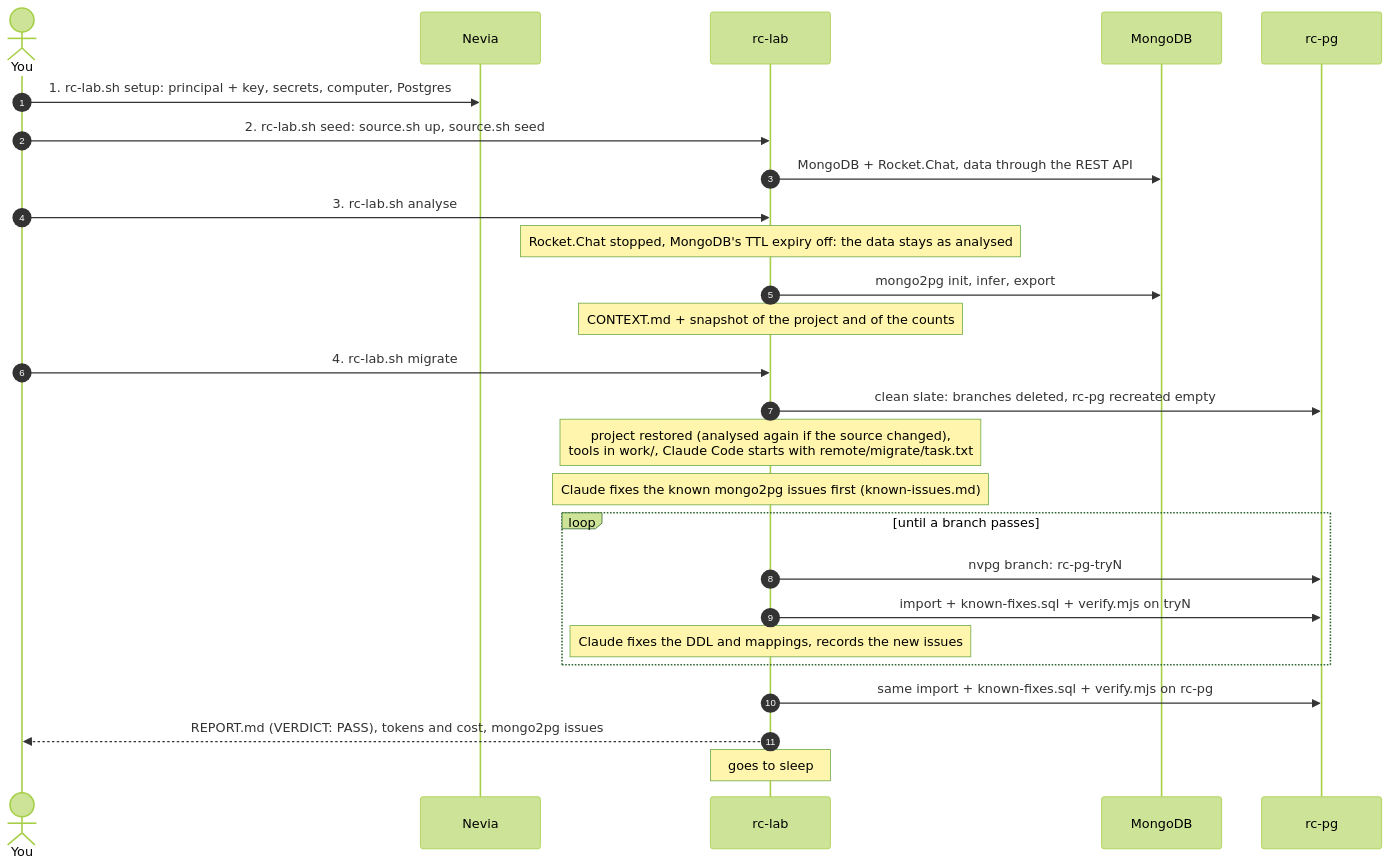
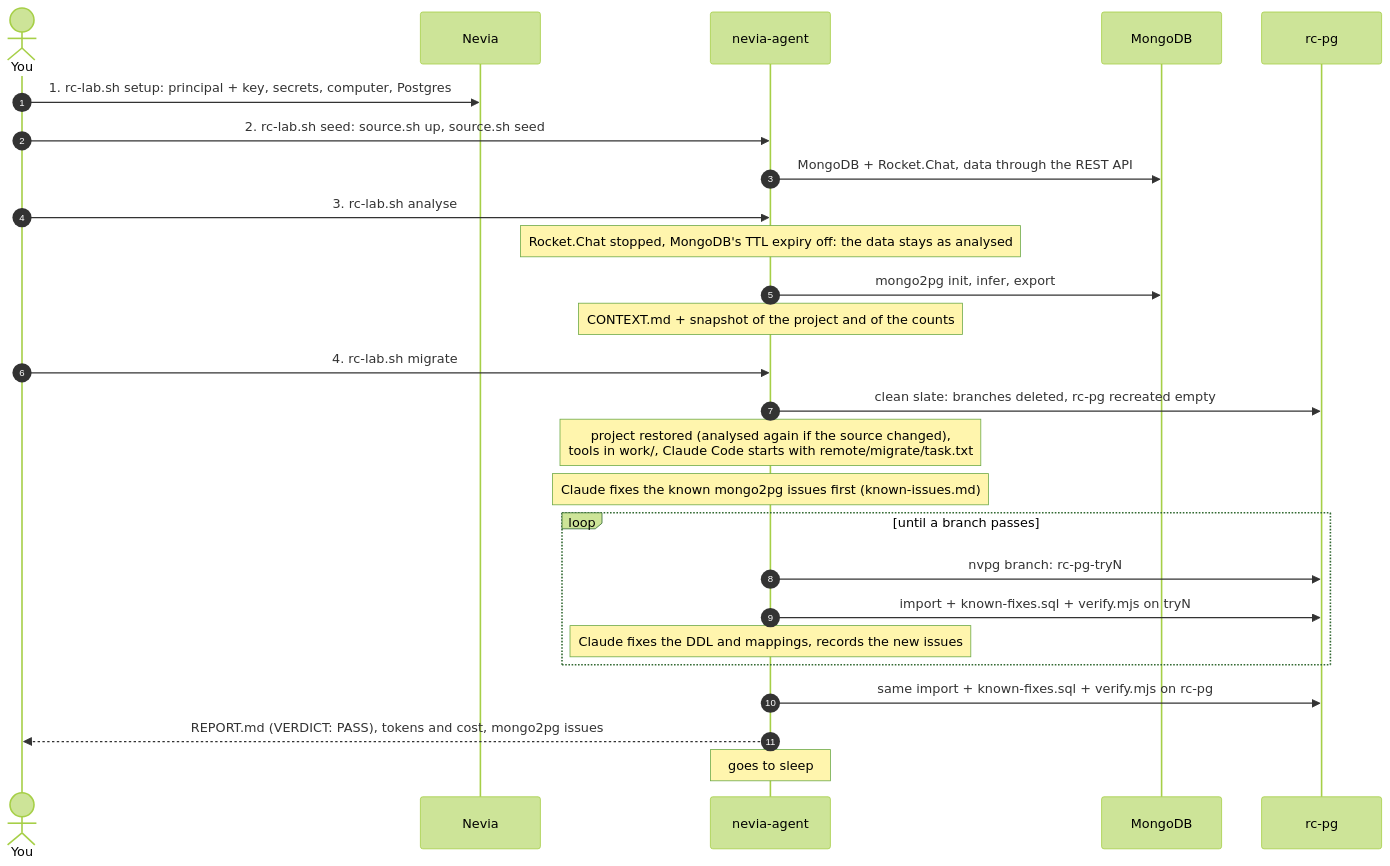
One commit to bertrandcedric/nevia-agent changed the second of 3 diagrams in uc1/README.md. Above: the diagram before and after it, drawn with Mermaid (forest theme). The commit also changed other lines of this file and 52 other files, not shown here.

````diff
--- a/uc1/README.md
+++ b/uc1/README.md
@@ -34,29 +34,29 @@
 ```mermaid
 sequenceDiagram
     autonumber
     actor dev as You
     participant nevia as Nevia
-    participant lab as rc-lab
+    participant lab as nevia-agent
     participant mongo as MongoDB
     participant pg as rc-pg
 
     dev->>nevia: 1. rc-lab.sh setup: principal + key, secrets, computer, Postgres
     dev->>lab: 2. rc-lab.sh seed: source.sh up, source.sh seed
     lab->>mongo: MongoDB + Rocket.Chat, data through the REST API
     dev->>lab: 3. rc-lab.sh analyse
     Note over lab: Rocket.Chat stopped, MongoDB's TTL expiry off: the data stays as analysed
     lab->>mongo: mongo2pg init, infer, export
     Note over lab: CONTEXT.md + snapshot of the project and of the counts
     dev->>lab: 4. rc-lab.sh migrate
     lab->>pg: clean slate: branches deleted, rc-pg recreated empty
     Note over lab: project restored (analysed again if the source changed),<br/>tools in work/, Claude Code starts with remote/migrate/task.txt
     Note over lab: Claude fixes the known mongo2pg issues first (known-issues.md)
     loop until a branch passes
         lab->>pg: nvpg branch: rc-pg-tryN
         lab->>pg: import + known-fixes.sql + verify.mjs on tryN
         Note over lab: Claude fixes the DDL and mappings, records the new issues
     end
     lab->>pg: same import + known-fixes.sql + verify.mjs on rc-pg
     lab-->>dev: REPORT.md (VERDICT: PASS), tokens and cost, mongo2pg issues
     Note over lab: goes to sleep
 ```
````
